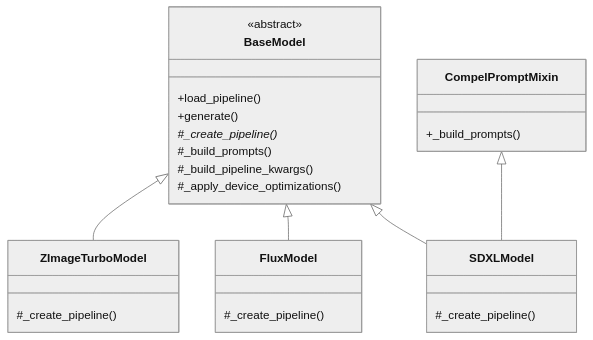
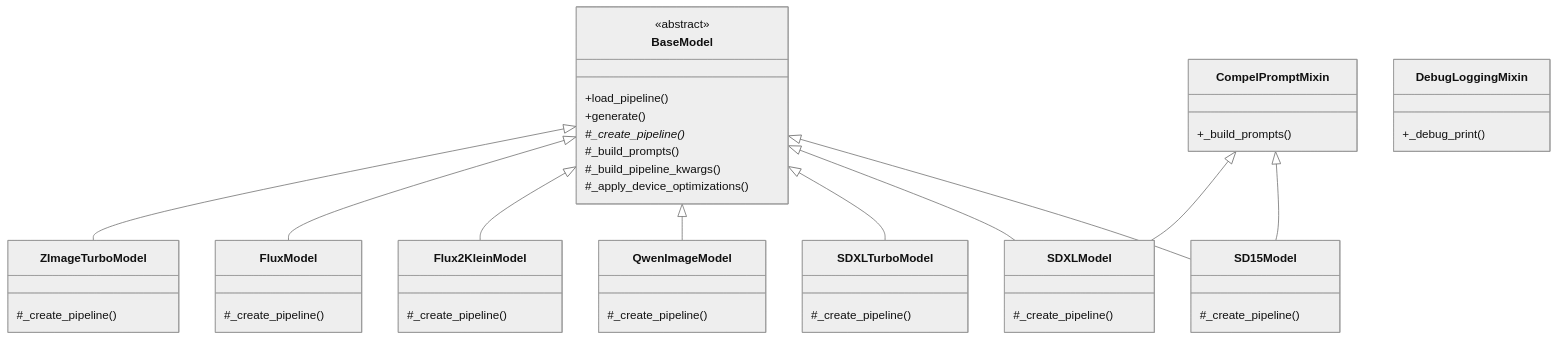
The fifth of 8 diagrams in docs/developer/architecture.rst (andrewmarconi/creative-workflow), drawn with Mermaid (neutral theme) before and after one commit. The commit also changed other lines of this file and 11 other files, not shown here.

```diff
--- a/docs/developer/architecture.rst
+++ b/docs/developer/architecture.rst
@@ -227,33 +229,58 @@
 .. mermaid::
 
    classDiagram
        class BaseModel {
            <<abstract>>
            +load_pipeline()
            +generate()
            #_create_pipeline()*
            #_build_prompts()
            #_build_pipeline_kwargs()
            #_apply_device_optimizations()
        }
 
        class CompelPromptMixin {
            +_build_prompts()
        }
 
+       class DebugLoggingMixin {
+           +_debug_print()
+       }
+
        class ZImageTurboModel {
            #_create_pipeline()
        }
 
        class FluxModel {
            #_create_pipeline()
        }
 
+       class Flux2KleinModel {
+           #_create_pipeline()
+       }
+
+       class QwenImageModel {
+           #_create_pipeline()
+       }
+
        class SDXLModel {
+           #_create_pipeline()
+       }
+
+       class SDXLTurboModel {
+           #_create_pipeline()
+       }
+
+       class SD15Model {
            #_create_pipeline()
        }
 
        BaseModel <|-- ZImageTurboModel
        BaseModel <|-- FluxModel
+       BaseModel <|-- Flux2KleinModel
+       BaseModel <|-- QwenImageModel
+       BaseModel <|-- SDXLTurboModel
+       CompelPromptMixin <|-- SDXLModel
+       CompelPromptMixin <|-- SD15Model
        BaseModel <|-- SDXLModel
-       CompelPromptMixin <|-- SDXLModel
+       BaseModel <|-- SD15Model
```
